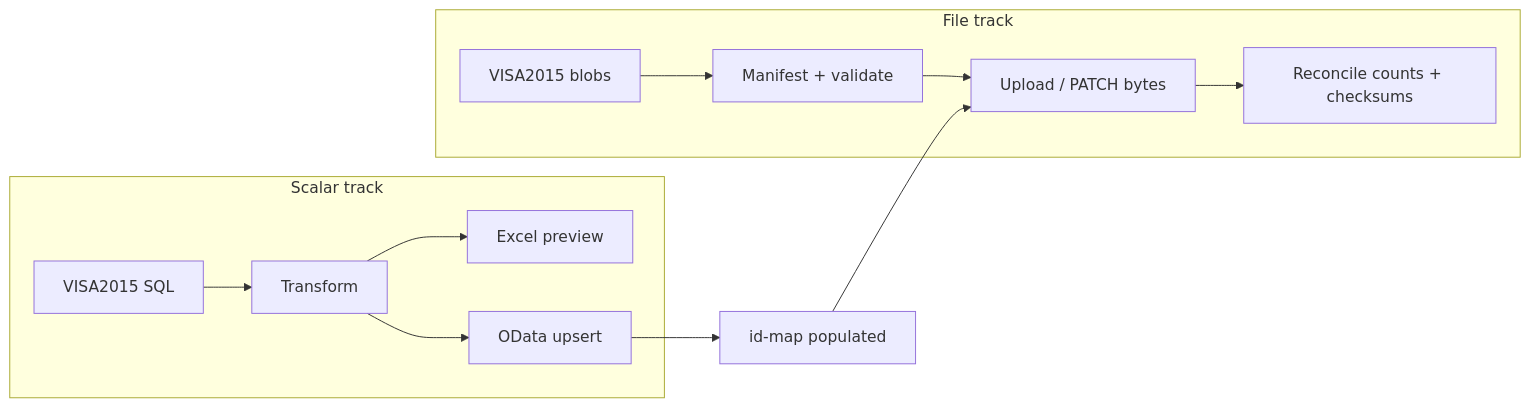
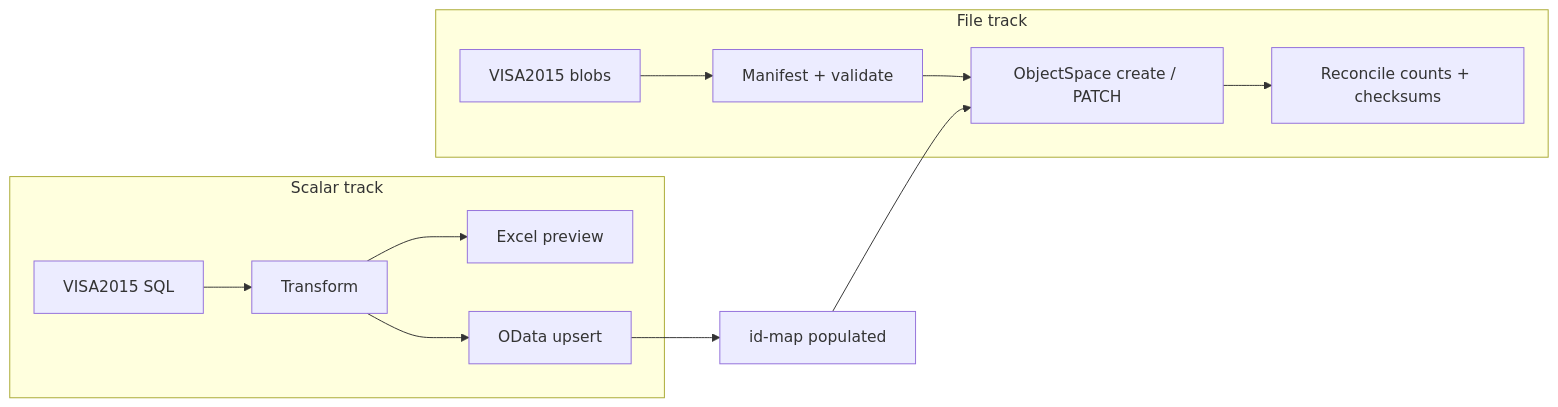
Before and after one commit to webapis/Visa2026: the diagram in docs/VISA2014_MIGRATION/FILE_AND_IMAGE_IMPORT.md, drawn with Mermaid. The commit also changed other lines of this file and 19 other files, not shown here.

````diff
--- a/docs/VISA2014_MIGRATION/FILE_AND_IMAGE_IMPORT.md
+++ b/docs/VISA2014_MIGRATION/FILE_AND_IMAGE_IMPORT.md
@@ -18,15 +18,15 @@
 ```mermaid
 flowchart LR
   subgraph scalar [Scalar track]
     SQL1[VISA2015 SQL] --> T[Transform]
     T --> X[Excel preview]
     T --> O[OData upsert]
   end
   subgraph files [File track]
     SQL2[VISA2015 blobs] --> M[Manifest + validate]
-    M --> F[Upload / PATCH bytes]
+    M --> F[ObjectSpace create / PATCH]
     F --> R[Reconcile counts + checksums]
   end
   O --> idmap[id-map populated]
   idmap --> F
 ```
````
